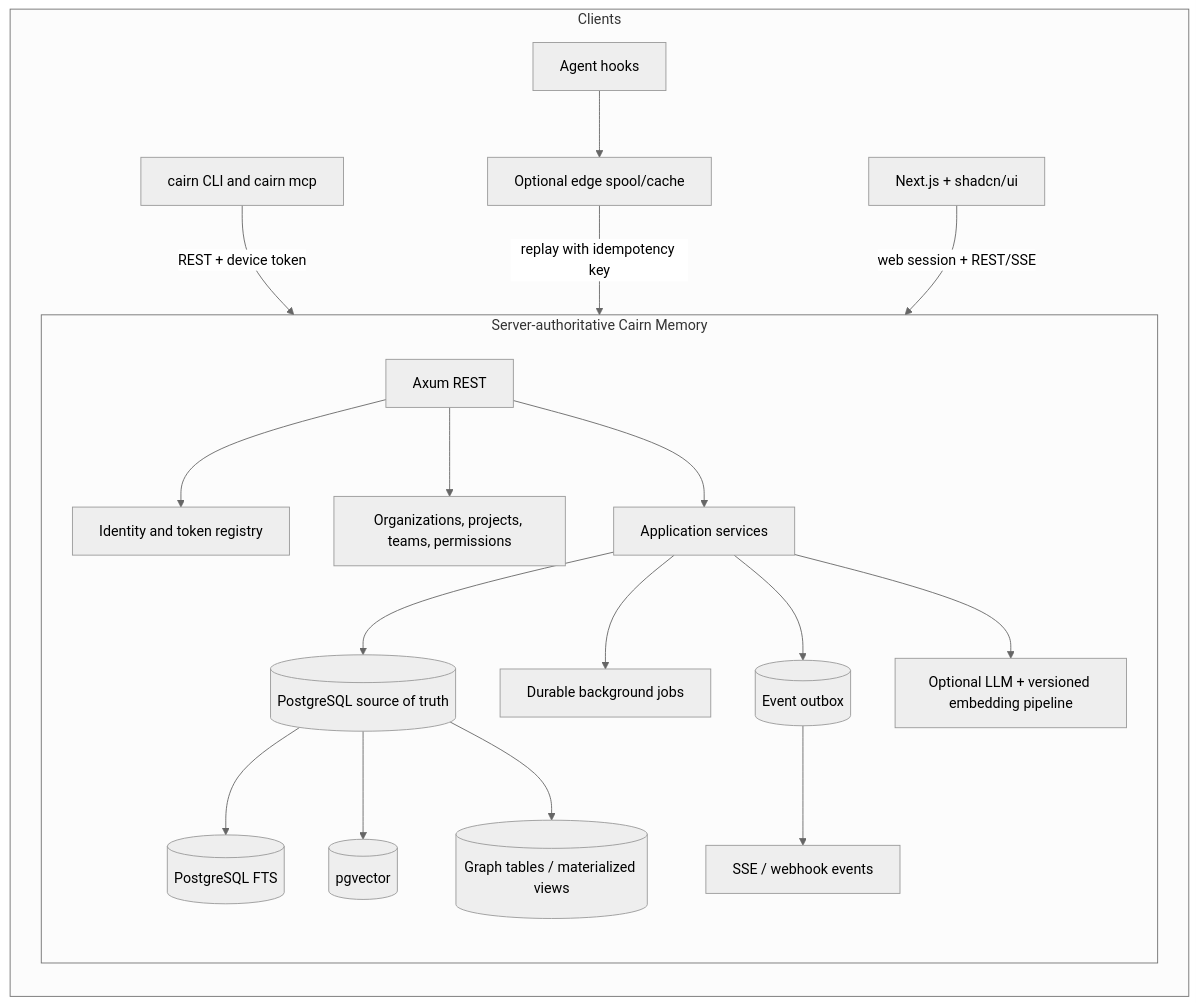
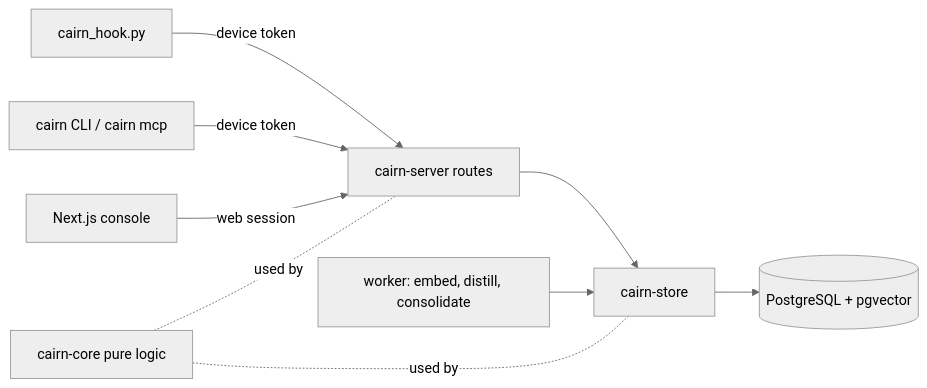
The diagram in docs/architecture.md (cunilab/cairn-memory), drawn with Mermaid (neutral theme) before and after one commit. The commit also changed other lines of this file and 139 other files, not shown here.

````diff
--- a/docs/architecture.md
+++ b/docs/architecture.md
@@ -50,24 +32,11 @@
 ```mermaid
 flowchart LR
-    subgraph Clients[Clients]
-        HookA[Agent hooks] --> Edge[Optional edge spool/cache]
-        AgentA[cairn CLI and cairn mcp] -->|REST + device token| Server
-        Edge -->|replay with idempotency key| Server
-        Web[Next.js + shadcn/ui] -->|web session + REST/SSE| Server
-    end
-
-    subgraph Server[Server-authoritative Cairn Memory]
-        API[Axum REST]
-        API --> Identity[Identity and token registry]
-        API --> Spaces[Organizations, projects, teams, permissions]
-        API --> Services[Application services]
-        Services --> DB[(PostgreSQL source of truth)]
-        DB --> FTS[(PostgreSQL FTS)]
-        DB --> Vectors[(pgvector)]
-        DB --> Graph[(Graph tables / materialized views)]
-        Services --> Jobs[Durable background jobs]
-        Services --> Outbox[(Event outbox)]
-        Outbox --> Events[SSE / webhook events]
-        Services --> Providers[Optional LLM + versioned embedding pipeline]
-    end
+    Hook[cairn_hook.py] -->|device token| API
+    CLI[cairn CLI / cairn mcp] -->|device token| API
+    Web[Next.js console] -->|web session| API
+    API[cairn-server routes] --> Store[cairn-store]
+    Store --> PG[(PostgreSQL + pgvector)]
+    Worker[worker: embed, distill, consolidate] --> Store
+    Core[cairn-core pure logic] -.used by.- Store
+    Core -.used by.- API
 ```
````
